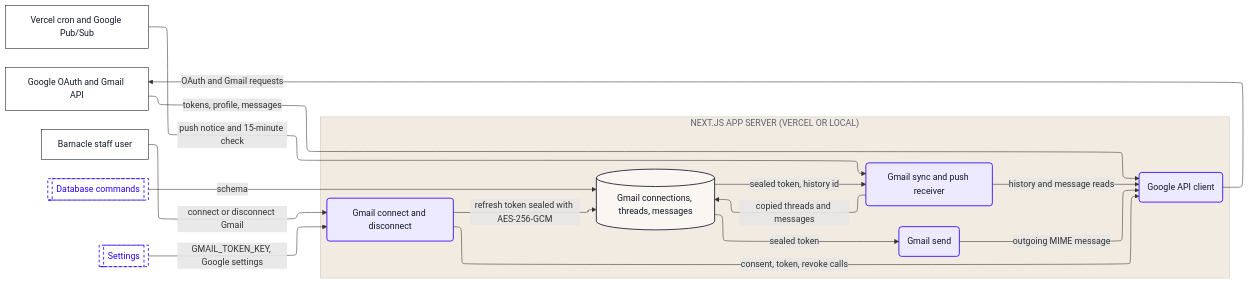
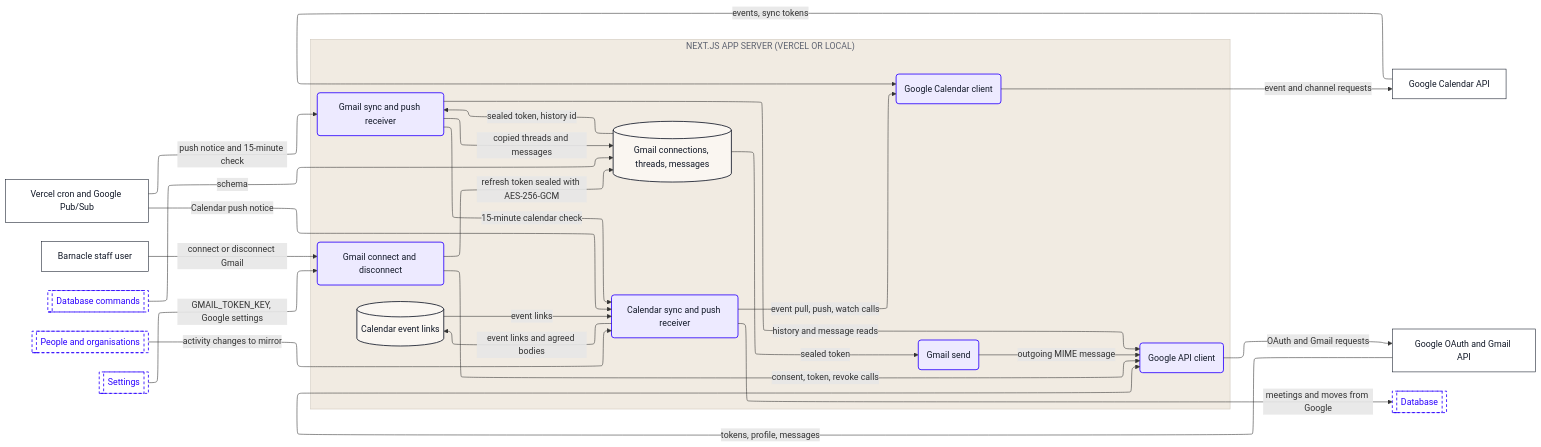
One commit to Romain-Perche/Barnacle-Pipe changed the ninth of 16 diagrams in dataflow/DATAFLOW.md. Above: the diagram before and after it, drawn with Mermaid. The commit also changed other lines of this file and 5 other files, not shown here.

````diff
--- a/dataflow/DATAFLOW.md
+++ b/dataflow/DATAFLOW.md
@@ -564,43 +574,58 @@
 ```mermaid
 ---
 config:
   layout: elk
 ---
 flowchart LR
-    n1["Vercel cron and Google Pub/Sub"]
-    n2["Google OAuth and Gmail API"]
-    n3["Barnacle staff user"]
+    n1["Google Calendar API"]
+    n2["Vercel cron and Google Pub/Sub"]
+    n3["Google OAuth and Gmail API"]
+    n4["Barnacle staff user"]
     subgraph z1["NEXT.JS APP SERVER (VERCEL OR LOCAL)"]
-        n4("Google API client")
-        n5("Gmail connect and disconnect")
-        n6("Gmail send")
-        n7("Gmail sync and push receiver")
-        n8[("Gmail connections, threads, messages")]
+        n5("Google Calendar client")
+        n6[("Calendar event links")]
+        n7("Calendar sync and push receiver")
+        n8("Google API client")
+        n9("Gmail connect and disconnect")
+        n10("Gmail send")
+        n11("Gmail sync and push receiver")
+        n12[("Gmail connections, threads, messages")]
     end
-    n9[["Database commands"]]
-    n10[["Settings"]]
-    n1 -->|"push notice and 15-minute check"| n7
-    n10 -->|"GMAIL_TOKEN_KEY, Google settings"| n5
-    n2 -->|"tokens, profile, messages"| n4
-    n4 -->|"OAuth and Gmail requests"| n2
-    n5 -->|"consent, token, revoke calls"| n4
-    n5 -->|"refresh token sealed with AES-256-GCM"| n8
-    n6 -->|"outgoing MIME message"| n4
-    n7 -->|"history and message reads"| n4
-    n7 -->|"copied threads and messages"| n8
-    n8 -->|"sealed token"| n6
-    n8 -->|"sealed token, history id"| n7
-    n9 -->|"schema"| n8
-    n3 -->|"connect or disconnect Gmail"| n5
+    n13[["Database"]]
+    n14[["Database commands"]]
+    n15[["People and organisations"]]
+    n16[["Settings"]]
+    n15 -->|"activity changes to mirror"| n7
+    n1 -->|"events, sync tokens"| n5
+    n5 -->|"event and channel requests"| n1
+    n6 -->|"event links"| n7
+    n7 -->|"meetings and moves from Google"| n13
+    n7 -->|"event pull, push, watch calls"| n5
+    n7 -->|"event links and agreed bodies"| n6
+    n2 -->|"Calendar push notice"| n7
+    n2 -->|"push notice and 15-minute check"| n11
+    n16 -->|"GMAIL_TOKEN_KEY, Google settings"| n9
+    n3 -->|"tokens, profile, messages"| n8
+    n8 -->|"OAuth and Gmail requests"| n3
+    n9 -->|"consent, token, revoke calls"| n8
+    n9 -->|"refresh token sealed with AES-256-GCM"| n12
+    n10 -->|"outgoing MIME message"| n8
+    n11 -->|"15-minute calendar check"| n7
+    n11 -->|"history and message reads"| n8
+    n11 -->|"copied threads and messages"| n12
+    n12 -->|"sealed token"| n10
+    n12 -->|"sealed token, history id"| n11
+    n14 -->|"schema"| n12
+    n4 -->|"connect or disconnect Gmail"| n9
     classDef actor fill:#FFFFFF,stroke:#111827,stroke-width:1px,color:#111827
     classDef process fill:#EDEAFF,stroke:#2B00FF,stroke-width:1.5px,color:#111827
     classDef store fill:#FAF6F1,stroke:#111827,stroke-width:1.5px,color:#111827
     classDef zone fill:#1A1A1A,stroke:#1A1A1A,color:#FFFFFF
     classDef group fill:#2B00FF,stroke:#2B00FF,color:#FFFFFF
     classDef stub fill:#FFFFFF,stroke:#2B00FF,stroke-width:1.5px,stroke-dasharray:5 4,color:#2B00FF
-    class n1,n2,n3 actor
-    class n4,n5,n6,n7 process
-    class n8 store
-    class n9,n10 stub
+    class n1,n2,n3,n4 actor
+    class n5,n7,n8,n9,n10,n11 process
+    class n6,n12 store
+    class n13,n14,n15,n16 stub
     style z1 fill:#F1EBE2,stroke:#CFC7BB,color:#5D6270
 ```
````
